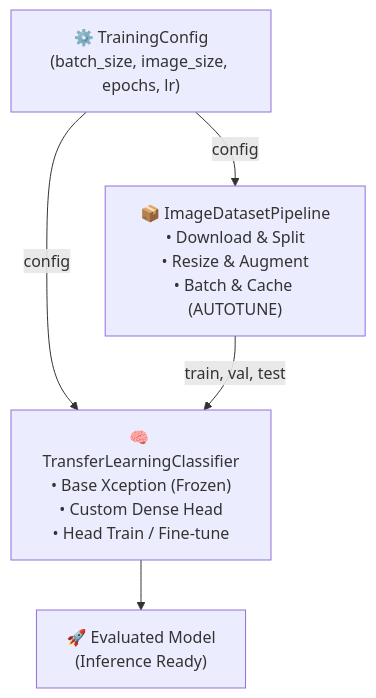
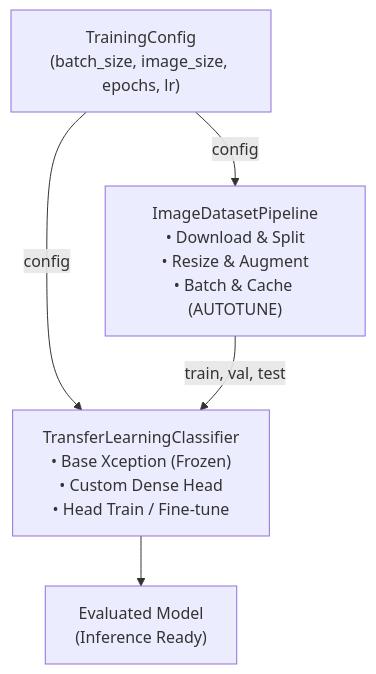
One commit to amrabed/blog changed the second of 2 diagrams in posts/elegant-ai-code/index.md. Above: the diagram before and after it, drawn with Mermaid. The commit also changed other lines of this file, not shown here.

Commit message:
style(content): drop icons and emojis from post and diagrams

````diff
--- a/posts/elegant-ai-code/index.md
+++ b/posts/elegant-ai-code/index.md
@@ -528,8 +528,8 @@
 ```mermaid
 graph TD
-    Config["⚙️ TrainingConfig<br/>(batch_size, image_size, epochs, lr)"]
-    Config -->|config| Pipeline["📦 ImageDatasetPipeline<br/>• Download & Split<br/>• Resize & Augment<br/>• Batch & Cache (AUTOTUNE)"]
-    Config -->|config| Classifier["🧠 TransferLearningClassifier<br/>• Base Xception (Frozen)<br/>• Custom Dense Head<br/>• Head Train / Fine-tune"]
+    Config["TrainingConfig<br/>(batch_size, image_size, epochs, lr)"]
+    Config -->|config| Pipeline["ImageDatasetPipeline<br/>• Download & Split<br/>• Resize & Augment<br/>• Batch & Cache (AUTOTUNE)"]
+    Config -->|config| Classifier["TransferLearningClassifier<br/>• Base Xception (Frozen)<br/>• Custom Dense Head<br/>• Head Train / Fine-tune"]
     Pipeline -->|train, val, test| Classifier
-    Classifier --> Model["🚀 Evaluated Model<br/>(Inference Ready)"]
+    Classifier --> Model["Evaluated Model<br/>(Inference Ready)"]
 ```
````
